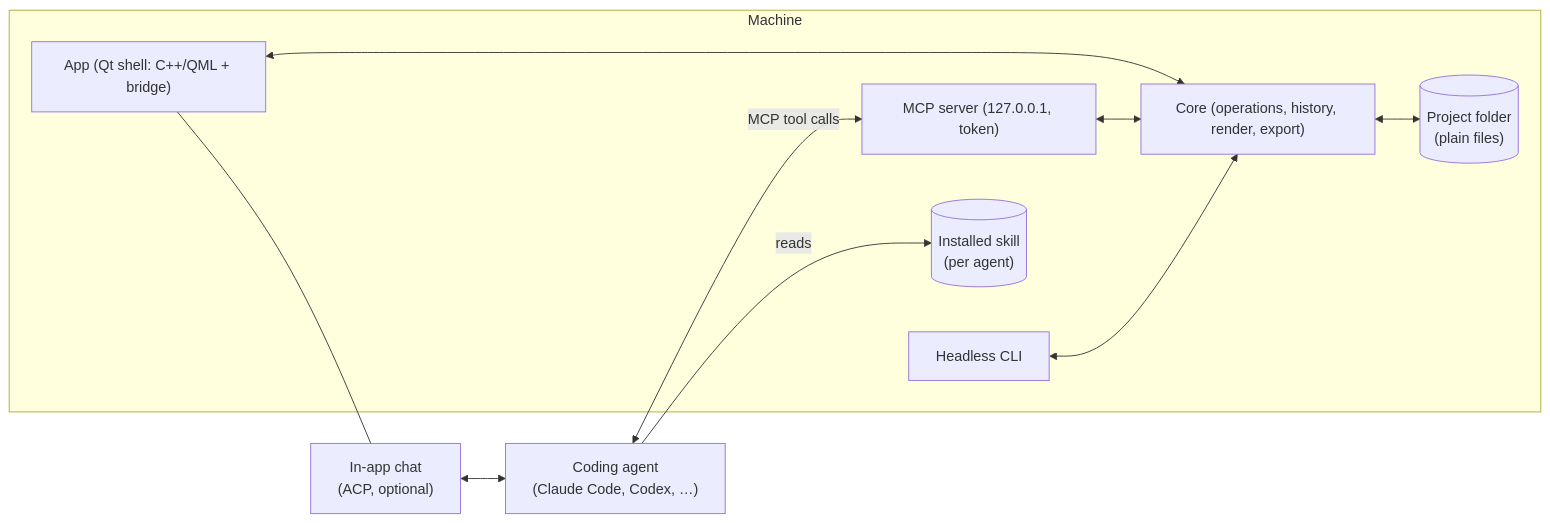
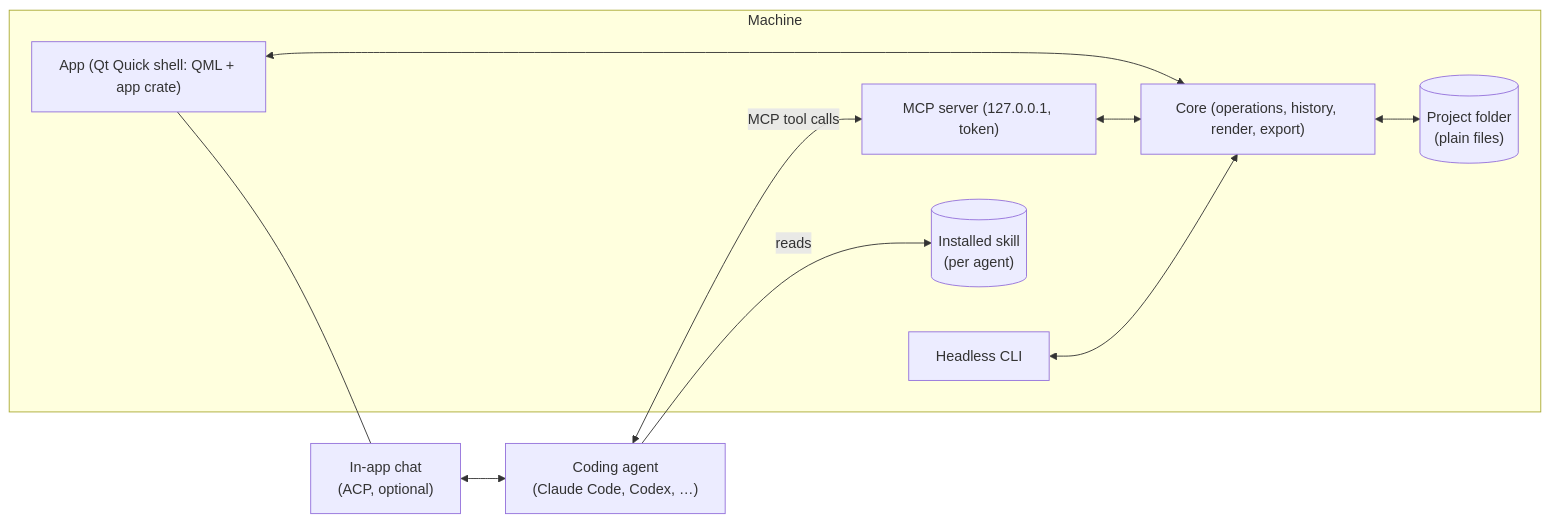
Before and after one commit to skepjandi/opendesigner: the first of 2 diagrams in docs/wiki/architecture.md, drawn with Mermaid. The commit also changed other lines of this file and 31 other files, not shown here.

````diff
--- a/docs/wiki/architecture.md
+++ b/docs/wiki/architecture.md
@@ -21,22 +21,22 @@
 ```mermaid
 flowchart LR
   subgraph Machine
-    UI["App (Qt shell: C++/QML + bridge)"]
+    UI["App (Qt Quick shell: QML + app crate)"]
     Core["Core (operations, history, render, export)"]
     MCP["MCP server (127.0.0.1, token)"]
     CLI["Headless CLI"]
     Files[("Project folder\n(plain files)")]
     Skill[("Installed skill\n(per agent)")]
   end
   Agent["Coding agent\n(Claude Code, Codex, …)"]
   Chat["In-app chat\n(ACP, optional)"]
 
   UI <--> Core
   MCP <--> Core
   CLI <--> Core
   Core <--> Files
   Agent -->|"reads"| Skill
   Agent <-->|"MCP tool calls"| MCP
   Chat <--> Agent
   UI --- Chat
 ```
````
